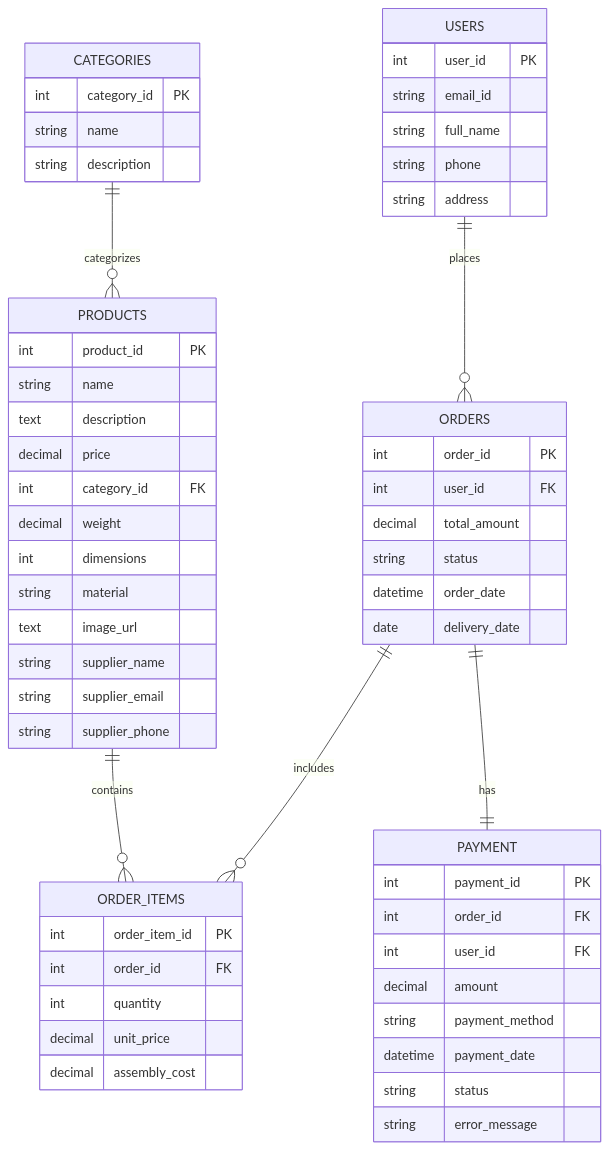
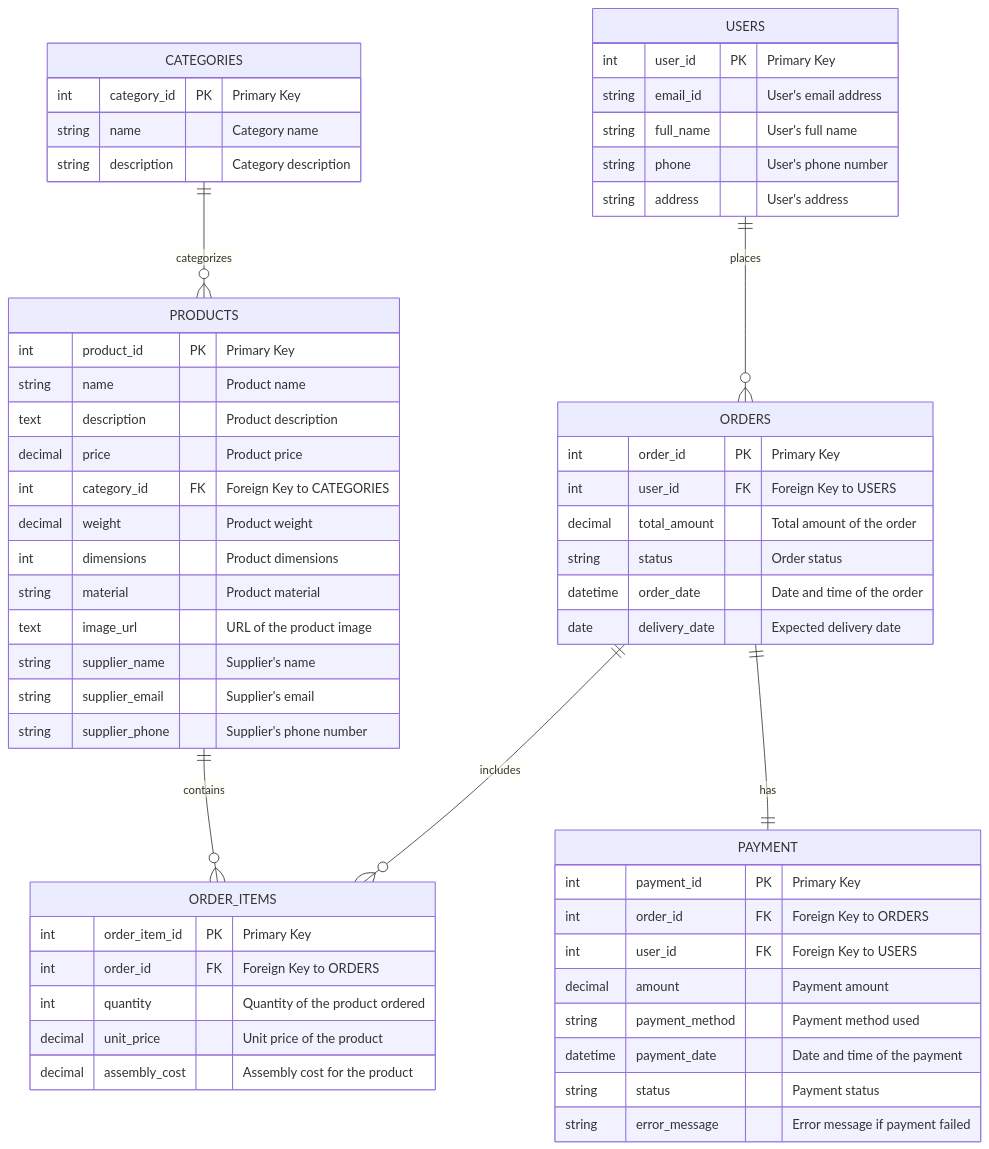
The diagram in furniture_db_diagram.mermaid (Akanksha-codes/furniture-webshop), drawn with Mermaid before and after one commit.

```diff
--- a/furniture_db_diagram.mermaid
+++ b/furniture_db_diagram.mermaid
@@ -1,61 +1,62 @@
 erDiagram
-    USERS ||--o{ ORDERS : places
+    USERS ||--o{ ORDERS : "places"
     USERS {
-        int user_id PK
-        string email_id
-        string full_name
-        string phone
-        string address
+        int user_id PK "Primary Key"
+        string email_id "User's email address"
+        string full_name "User's full name"
+        string phone "User's phone number"
+        string address "User's address"
     }
 
-    PRODUCTS ||--o{ ORDER_ITEMS : contains
+    PRODUCTS ||--o{ ORDER_ITEMS : "contains"
     PRODUCTS {
-        int product_id PK
-        string name
-        text description
-        decimal price
-        int category_id FK
-        decimal weight
-        int dimensions
-        string material
-        text image_url
-        string supplier_name
-        string supplier_email
-        string supplier_phone
-    }
-   CATEGORIES ||--o{ PRODUCTS : categorizes
-    CATEGORIES {
-        int category_id PK
-        string name
-        string description
+        int product_id PK "Primary Key"
+        string name "Product name"
+        text description "Product description"
+        decimal price "Product price"
+        int category_id FK "Foreign Key to CATEGORIES"
+        decimal weight "Product weight"
+        int dimensions "Product dimensions"
+        string material "Product material"
+        text image_url "URL of the product image"
+        string supplier_name "Supplier's name"
+        string supplier_email "Supplier's email"
+        string supplier_phone "Supplier's phone number"
     }
 
-    ORDERS ||--o{ ORDER_ITEMS : includes
-    ORDERS ||--|| PAYMENT : has
+    CATEGORIES ||--o{ PRODUCTS : "categorizes"
+    CATEGORIES {
+        int category_id PK "Primary Key"
+        string name "Category name"
+        string description "Category description"
+    }
+
+    ORDERS ||--o{ ORDER_ITEMS : "includes"
+    ORDERS ||--|| PAYMENT : "has"
     ORDERS {
-        int order_id PK
-        int user_id FK
-        decimal total_amount
-        string status
-        datetime order_date
-        date delivery_date
+        int order_id PK "Primary Key"
+        int user_id FK "Foreign Key to USERS"
+        decimal total_amount "Total amount of the order"
+        string status "Order status"
+        datetime order_date "Date and time of the order"
+        date delivery_date "Expected delivery date"
     }
 
     PAYMENT {
-        int payment_id PK
-        int order_id FK
-        int user_id FK
-        decimal amount
-        string payment_method
-        datetime payment_date
-        string status
-        string error_message
+        int payment_id PK "Primary Key"
+        int order_id FK "Foreign Key to ORDERS"
+        int user_id FK "Foreign Key to USERS"
+        decimal amount "Payment amount"
+        string payment_method "Payment method used"
+        datetime payment_date "Date and time of the payment"
+        string status "Payment status"
+        string error_message "Error message if payment failed"
     }
 
     ORDER_ITEMS {
-        int order_item_id PK
-        int order_id FK
-        int quantity
-        decimal unit_price
-        decimal assembly_cost
+        int order_item_id PK "Primary Key"
+        int order_id FK "Foreign Key to ORDERS"
+        int quantity "Quantity of the product ordered"
+        decimal unit_price "Unit price of the product"
+        decimal assembly_cost "Assembly cost for the product"
     }
```
